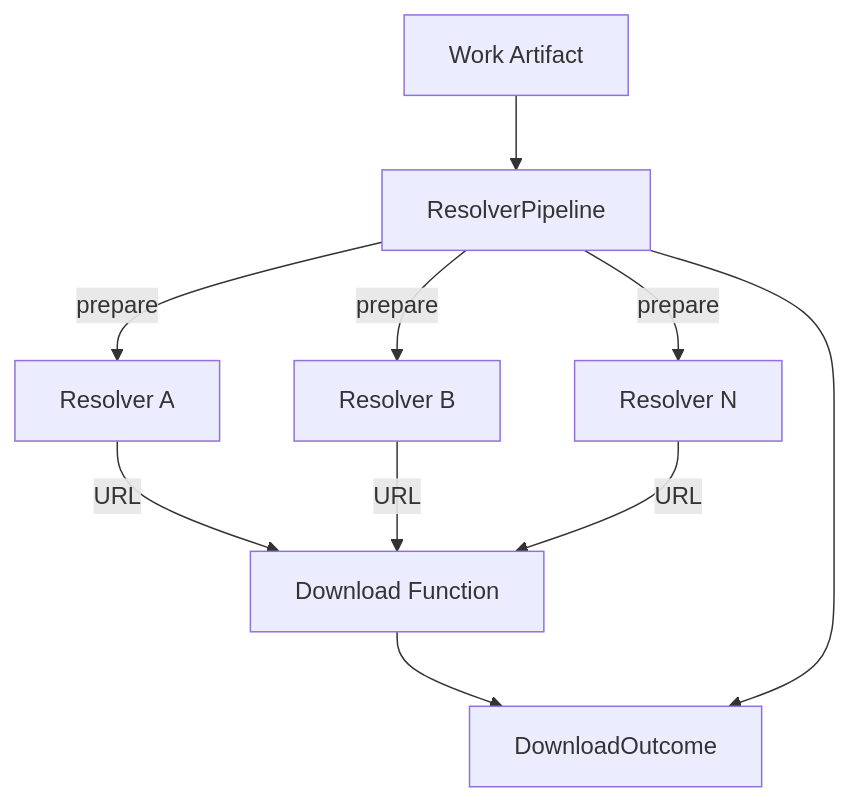
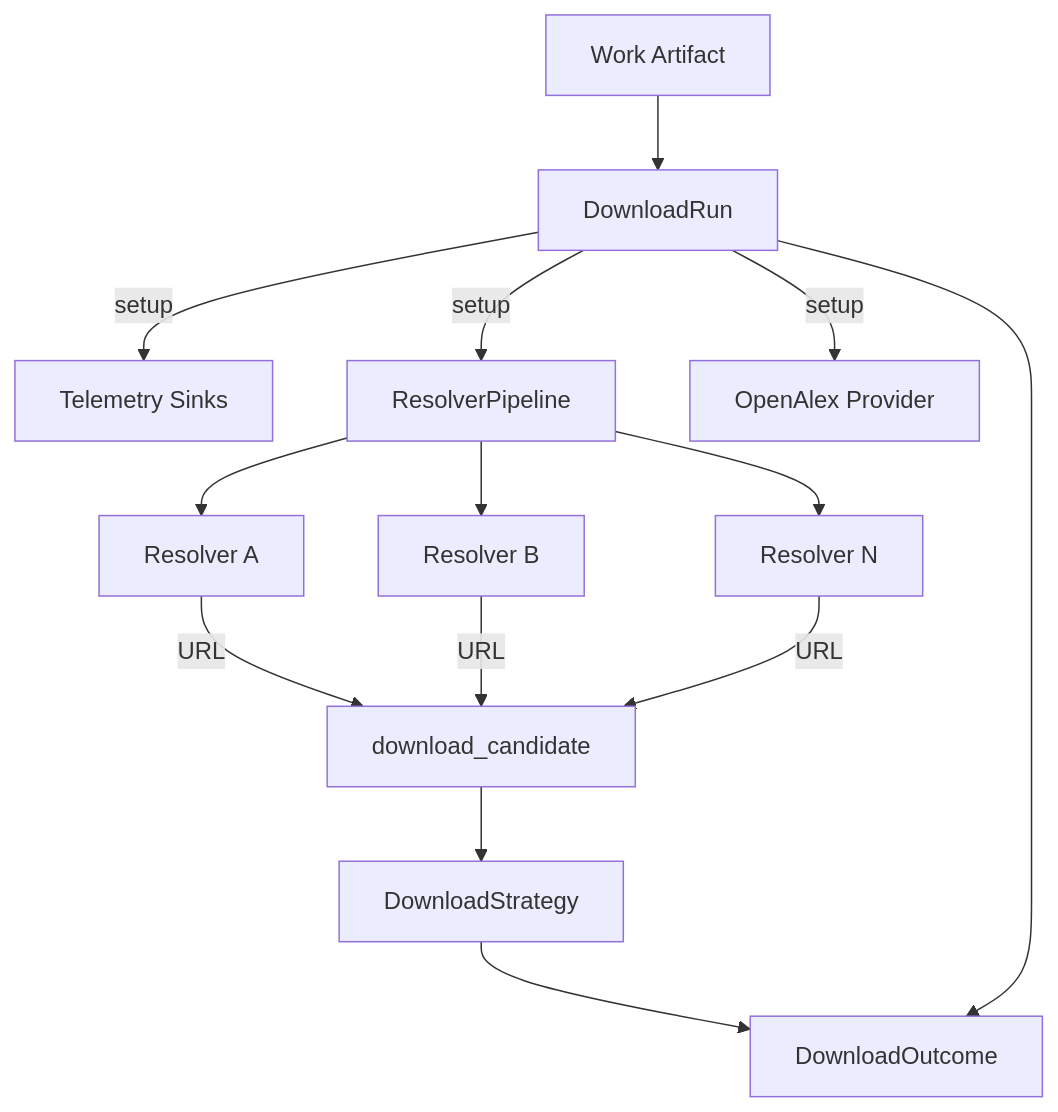
Before and after one commit to paul-heyse/DocsToKG: the diagram in docs/architecture.md, drawn with Mermaid. The commit also changed other lines of this file and 11 other files, not shown here.

````diff
--- a/docs/architecture.md
+++ b/docs/architecture.md
@@ -3,12 +3,16 @@
 ```mermaid
 graph TD
-    Work[Work Artifact] --> Pipeline[ResolverPipeline]
-    Pipeline -->|prepare| ResolverA[Resolver A]
-    Pipeline -->|prepare| ResolverB[Resolver B]
-    Pipeline -->|prepare| ResolverN[Resolver N]
-    ResolverA -->|URL| Download[Download Function]
+    Work[Work Artifact] --> Runner[DownloadRun]
+    Runner -->|setup| Sinks[Telemetry Sinks]
+    Runner -->|setup| Pipeline[ResolverPipeline]
+    Runner -->|setup| Provider[OpenAlex Provider]
+    Pipeline --> ResolverA[Resolver A]
+    Pipeline --> ResolverB[Resolver B]
+    Pipeline --> ResolverN[Resolver N]
+    ResolverA -->|URL| Download[download_candidate]
     ResolverB -->|URL| Download
     ResolverN -->|URL| Download
-    Download --> Outcome[DownloadOutcome]
-    Pipeline --> Outcome
+    Download --> Strategy[DownloadStrategy]
+    Strategy --> Outcome[DownloadOutcome]
+    Runner --> Outcome
 ```
````
